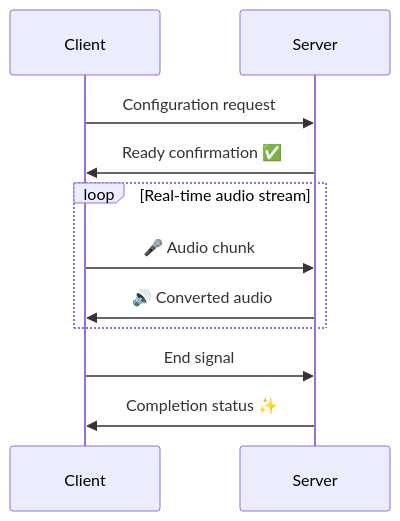
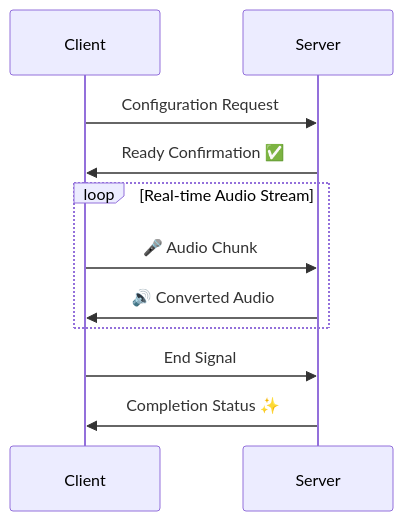
The diagram in README.md (Leroll/fast-vc-service), drawn with Mermaid before and after one commit. The commit also changed other lines of this file and 5 other files, not shown here.

````diff
--- a/README.md
+++ b/README.md
@@ -102,16 +102,16 @@
 ```mermaid
 sequenceDiagram
     participant C as Client
     participant S as Server
     
-    C->>S: Configuration request
-    S->>C: Ready confirmation ✅
+    C->>S: Configuration Request
+    S->>C: Ready Confirmation ✅
     
-    loop Real-time audio stream
-        C->>S: 🎤 Audio chunk
-        S->>C: 🔊 Converted audio
+    loop Real-time Audio Stream
+        C->>S: 🎤 Audio Chunk
+        S->>C: 🔊 Converted Audio
     end
     
-    C->>S: End signal
-    S->>C: Completion status ✨
+    C->>S: End Signal
+    S->>C: Completion Status ✨
 ```
````
